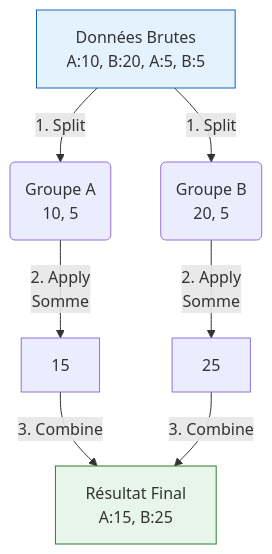
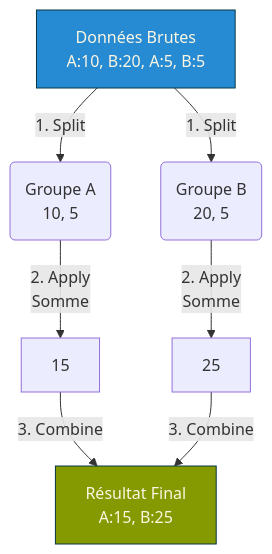
The diagram in cours/3_eda/_33_regroupement_segmentation.qmd (aptitek/aptispace-datascience), drawn with Mermaid before and after one commit. The commit also changed 35 other files, not shown here.

````diff
--- a/cours/3_eda/_33_regroupement_segmentation.qmd
+++ b/cours/3_eda/_33_regroupement_segmentation.qmd
@@ -15,15 +15,15 @@
 ```{mermaid}
 flowchart TD
     A[Données Brutes\n A:10, B:20, A:5, B:5] -->|1. Split| B(Groupe A\n 10, 5)
     A -->|1. Split| C(Groupe B\n 20, 5)
     
     B -->|2. Apply \n Somme| D[15]
     C -->|2. Apply \n Somme| E[25]
     
     D -->|3. Combine| F[Résultat Final\n A:15, B:25]
     E -->|3. Combine| F
     
-    style A fill:#e3f2fd,stroke:#1565c0
-    style F fill:#e8f5e9,stroke:#2e7d32
+    style A fill:#268bd2,stroke:#073642,color:#fdf6e3
+    style F fill:#859900,stroke:#073642,color:#fdf6e3
 
 ```
````
